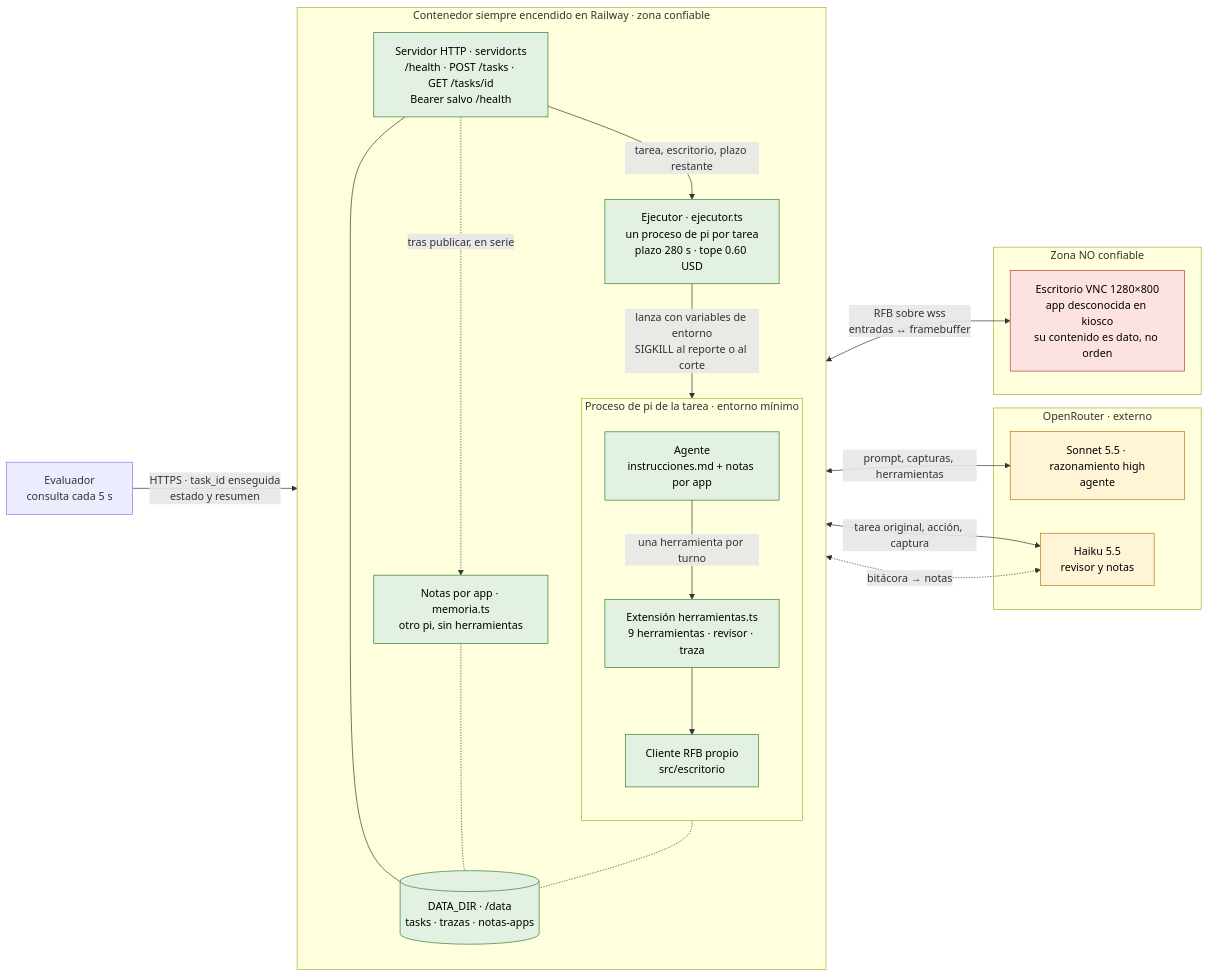
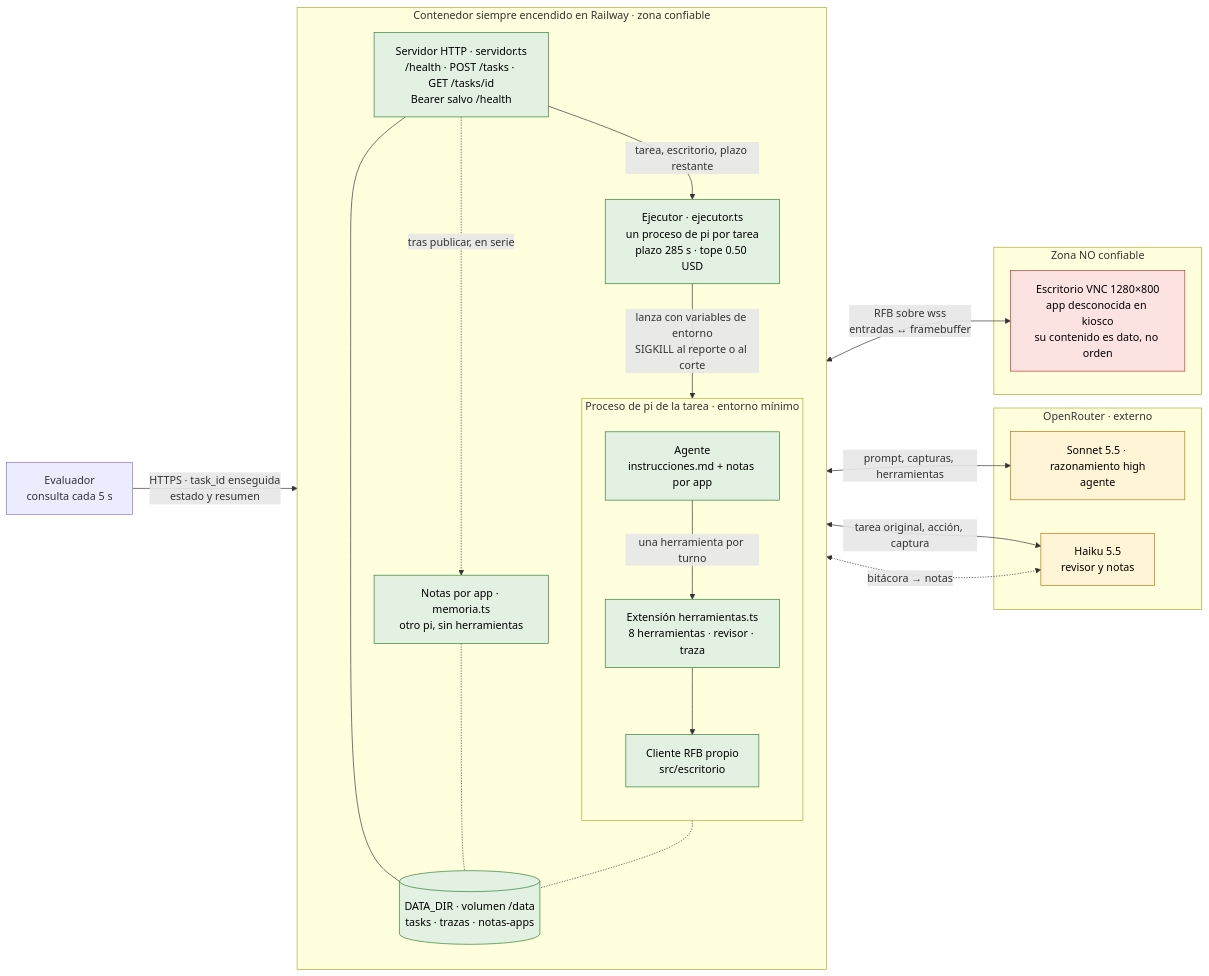
The first of 3 diagrams in docs/arquitectura.md (JuanMCanchala/frontier-cdmx), drawn with Mermaid before and after one commit. The commit also changed other lines of this file and 3 other files, not shown here.

First line of the commit message:
docs(arquitectura): actualizar herramientas, espera de repintado, plazo, tope y volumen en los diagramas

````diff
--- a/docs/arquitectura.md
+++ b/docs/arquitectura.md
@@ -11,48 +11,48 @@
 ```mermaid
 flowchart LR
     EV["Evaluador<br/>consulta cada 5 s"]
 
     subgraph SVC["Contenedor siempre encendido en Railway · zona confiable"]
         direction TB
         SRV["Servidor HTTP · servidor.ts<br/>/health · POST /tasks · GET /tasks/id<br/>Bearer salvo /health"]
-        EJE["Ejecutor · ejecutor.ts<br/>un proceso de pi por tarea<br/>plazo 280 s · tope 0.60 USD"]
+        EJE["Ejecutor · ejecutor.ts<br/>un proceso de pi por tarea<br/>plazo 285 s · tope 0.50 USD"]
         subgraph PI["Proceso de pi de la tarea · entorno mínimo"]
             direction TB
             AG["Agente<br/>instrucciones.md + notas por app"]
-            EXT["Extensión herramientas.ts<br/>9 herramientas · revisor · traza"]
+            EXT["Extensión herramientas.ts<br/>8 herramientas · revisor · traza"]
             RFB["Cliente RFB propio<br/>src/escritorio"]
         end
         MEM["Notas por app · memoria.ts<br/>otro pi, sin herramientas"]
-        DATA[("DATA_DIR · /data<br/>tasks · trazas · notas-apps")]
+        DATA[("DATA_DIR · volumen /data<br/>tasks · trazas · notas-apps")]
     end
 
     subgraph OR["OpenRouter · externo"]
         SON["Sonnet 5.5 · razonamiento high<br/>agente"]
         HAI["Haiku 5.5<br/>revisor y notas"]
     end
 
     subgraph UNT["Zona NO confiable"]
         APP["Escritorio VNC 1280×800<br/>app desconocida en kiosco<br/>su contenido es dato, no orden"]
     end
 
     EV -->|"HTTPS · task_id enseguida<br/>estado y resumen"| SRV
     SRV -->|"tarea, escritorio, plazo restante"| EJE
     EJE -->|"lanza con variables de entorno<br/>SIGKILL al reporte o al corte"| AG
     AG <-->|"prompt, capturas, herramientas"| SON
     AG -->|"una herramienta por turno"| EXT
     EXT <-->|"tarea original, acción, captura"| HAI
     EXT --> RFB
     RFB <-->|"RFB sobre wss<br/>entradas ↔ framebuffer"| APP
     SRV -.->|"tras publicar, en serie"| MEM
     MEM <-.->|"bitácora → notas"| HAI
     SRV --- DATA
     EXT -.- DATA
     MEM -.- DATA
 
     classDef untrusted fill:#fde2e2,stroke:#c0392b,color:#000
     classDef external fill:#fff4d6,stroke:#b9770e,color:#000
     classDef ours fill:#e3f1e3,stroke:#2e7d32,color:#000
     class APP untrusted
     class SON,HAI external
     class SRV,EJE,AG,EXT,RFB,MEM,DATA ours
 ```
````
